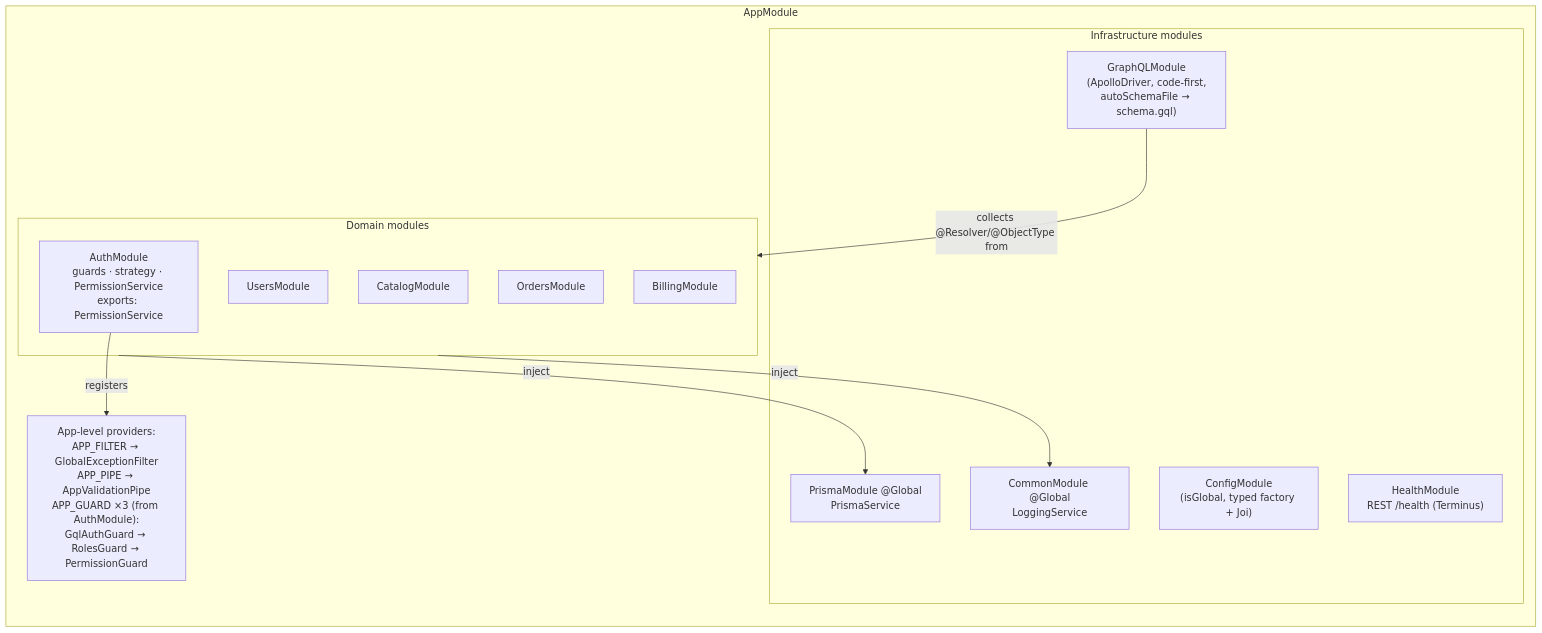
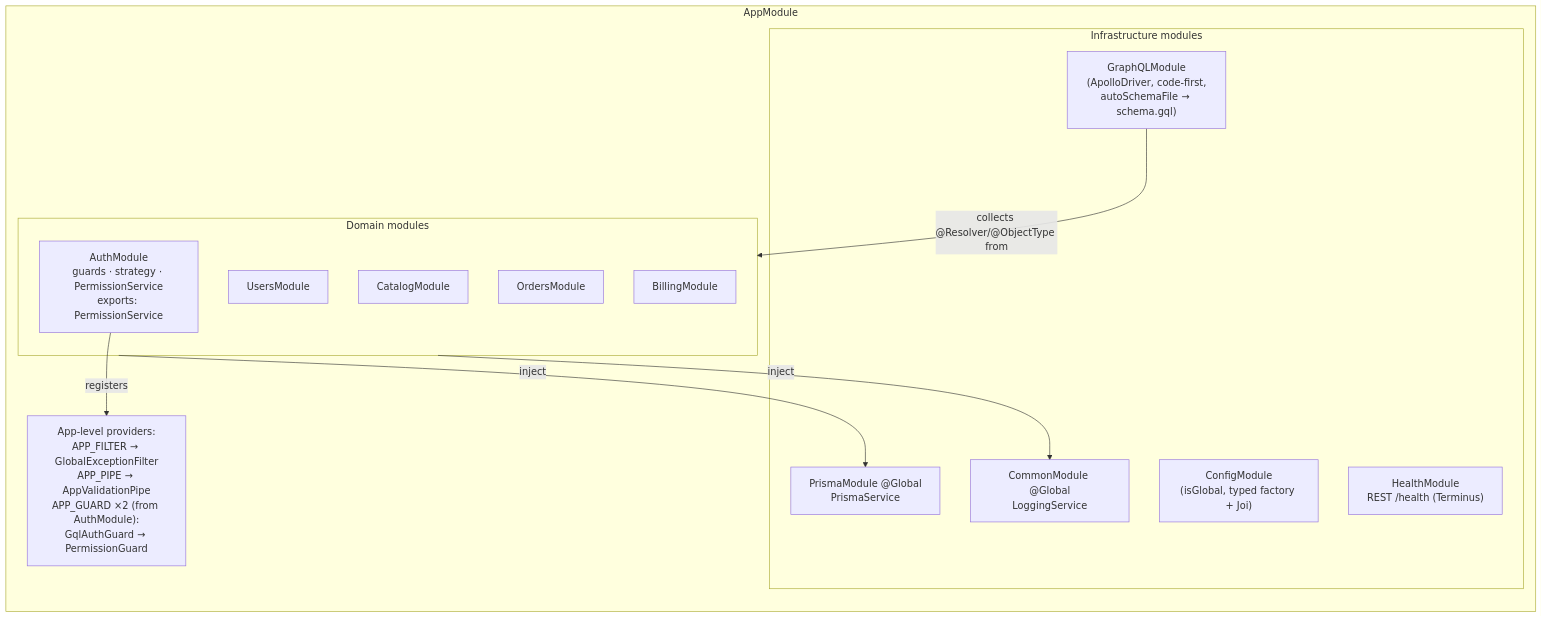
Before and after one commit to lakhaniyash/Smartsense-marketplace: the diagram in docs/backend-architecture.md, drawn with Mermaid. The commit also changed other lines of this file and 13 other files, not shown here.

````diff
--- a/docs/backend-architecture.md
+++ b/docs/backend-architecture.md
@@ -36,26 +36,26 @@
 ```mermaid
 flowchart TD
     subgraph APP["AppModule"]
         direction TB
         subgraph INFRA["Infrastructure modules"]
             CFG["ConfigModule<br/>(isGlobal, typed factory + Joi)"]
             GQL["GraphQLModule<br/>(ApolloDriver, code-first,<br/>autoSchemaFile → schema.gql)"]
             COMMON["CommonModule @Global<br/>LoggingService"]
             PRISMA["PrismaModule @Global<br/>PrismaService"]
             HEALTH["HealthModule<br/>REST /health (Terminus)"]
         end
         subgraph DOMAIN["Domain modules"]
             AUTH["AuthModule<br/>guards · strategy · PermissionService<br/>exports: PermissionService"]
             USERS["UsersModule"]
             CATALOG["CatalogModule"]
             ORDERS["OrdersModule"]
             BILLING["BillingModule"]
         end
-        GLOBALS["App-level providers:<br/>APP_FILTER → GlobalExceptionFilter<br/>APP_PIPE → AppValidationPipe<br/>APP_GUARD ×3 (from AuthModule):<br/>GqlAuthGuard → RolesGuard → PermissionGuard"]
+        GLOBALS["App-level providers:<br/>APP_FILTER → GlobalExceptionFilter<br/>APP_PIPE → AppValidationPipe<br/>APP_GUARD ×2 (from AuthModule):<br/>GqlAuthGuard → PermissionGuard"]
     end
 
     DOMAIN -- "inject" --> PRISMA
     DOMAIN -- "inject" --> COMMON
     AUTH -- "registers" --> GLOBALS
     GQL -- "collects @Resolver/@ObjectType from" --> DOMAIN
 ```
````
